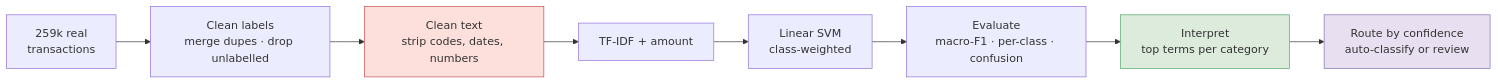
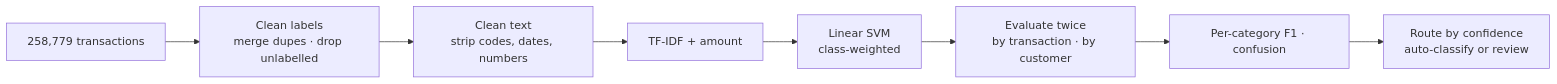
The diagram in README.md (gbadedata/transaction-classification), drawn with Mermaid before and after one commit. The commit also changed other lines of this file and 19 other files, not shown here.

````diff
--- a/README.md
+++ b/README.md
@@ -24,13 +35,10 @@
 ```mermaid
 flowchart LR
-    A[259k real<br/>transactions] --> B[Clean labels<br/>merge dupes · drop unlabelled]
+    A[258,779 transactions] --> B[Clean labels<br/>merge dupes · drop unlabelled]
     B --> C[Clean text<br/>strip codes, dates, numbers]
     C --> D[TF-IDF + amount]
     D --> E[Linear SVM<br/>class-weighted]
-    E --> F[Evaluate<br/>macro-F1 · per-class · confusion]
-    F --> G[Interpret<br/>top terms per category]
+    E --> F[Evaluate twice<br/>by transaction · by customer]
+    F --> G[Per-category F1 · confusion]
     G --> H[Route by confidence<br/>auto-classify or review]
-    style C fill:#fde0dc,stroke:#c44e52
-    style G fill:#dcebdc,stroke:#55a868
-    style H fill:#e8e0f0,stroke:#8172b3
 ```
````
